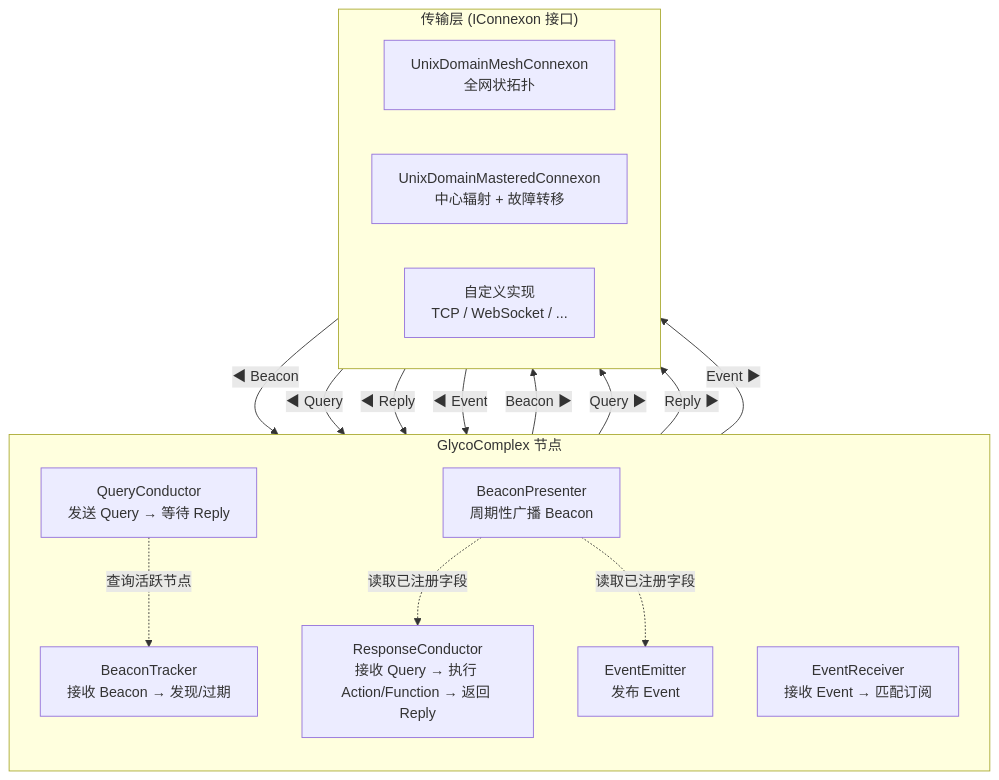
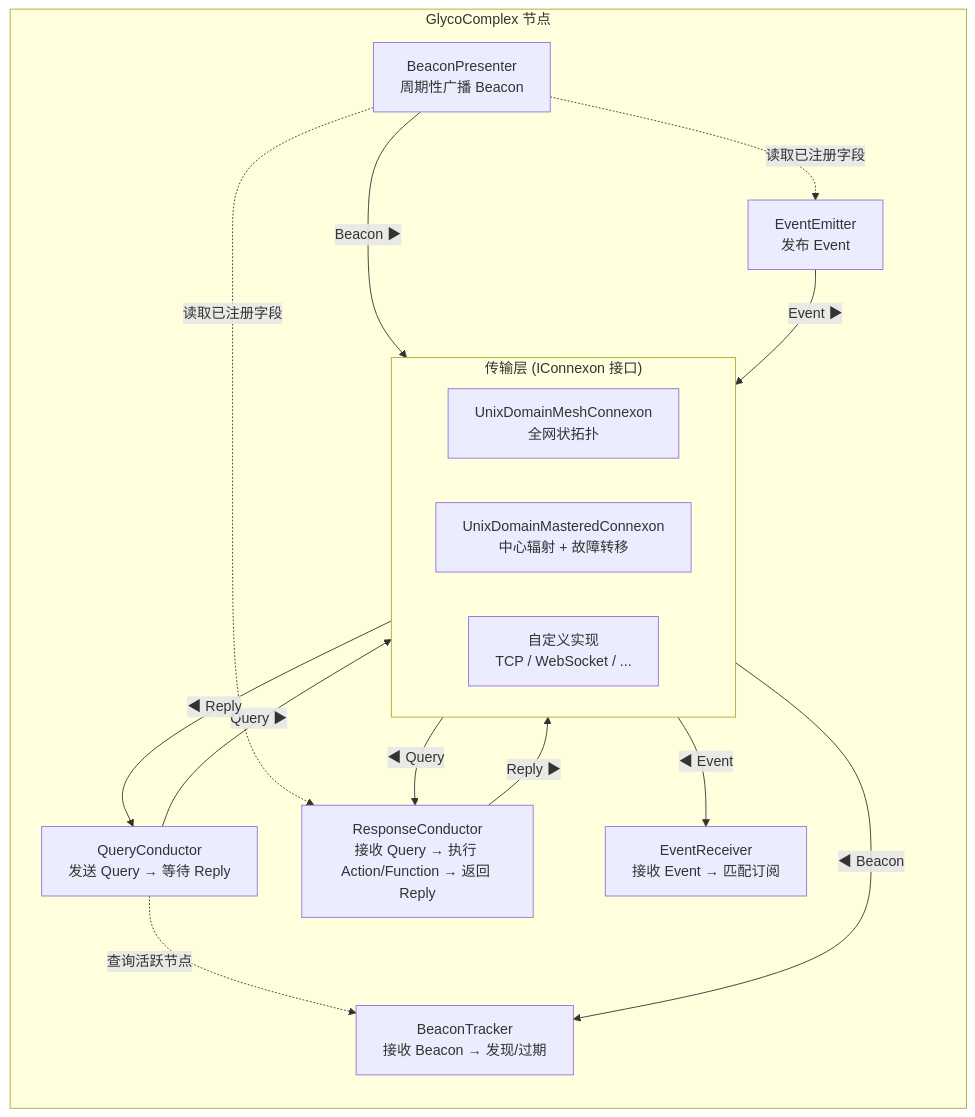
Before and after one commit to LiPolymer/Glycoprotein: the diagram in README.md, drawn with Mermaid. The commit also changed other lines of this file, not shown here.

````diff
--- a/README.md
+++ b/README.md
@@ -7,32 +7,32 @@
 ```mermaid
 flowchart TB
     subgraph GlycoComplex["GlycoComplex 节点"]
         direction TB
         RC[ResponseConductor<br/>接收 Query → 执行 Action/Function → 返回 Reply]
         QC[QueryConductor<br/>发送 Query → 等待 Reply]
         EE[EventEmitter<br/>发布 Event]
         ER[EventReceiver<br/>接收 Event → 匹配订阅]
         BP[BeaconPresenter<br/>周期性广播 Beacon]
         BT[BeaconTracker<br/>接收 Beacon → 发现/过期]
+        subgraph Transport["传输层 (IConnexon 接口)"]
+            direction LR
+            T1[UnixDomainMeshConnexon<br/>全网状拓扑]
+            T2[UnixDomainMasteredConnexon<br/>中心辐射 + 故障转移]
+            T3[自定义实现<br/>TCP / WebSocket / ...]
+        end
     end
 
-    subgraph Transport["传输层 (IConnexon 接口)"]
-        direction LR
-        T1[UnixDomainMeshConnexon<br/>全网状拓扑]
-        T2[UnixDomainMasteredConnexon<br/>中心辐射 + 故障转移]
-        T3[自定义实现<br/>TCP / WebSocket / ...]
-    end
 
     BP -- "Beacon ▶" --> Transport
     Transport -- "◀ Beacon" --> BT
     QC -- "Query ▶" --> Transport
     Transport -- "◀ Query" --> RC
     RC -- "Reply ▶" --> Transport
     Transport -- "◀ Reply" --> QC
     EE -- "Event ▶" --> Transport
     Transport -- "◀ Event" --> ER
 
     QC -.->|"查询活跃节点"| BT
     BP -.->|"读取已注册字段"| RC
     BP -.->|"读取已注册字段"| EE
 ```
````
